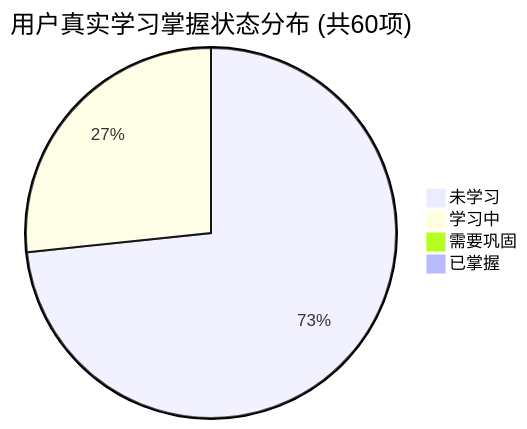
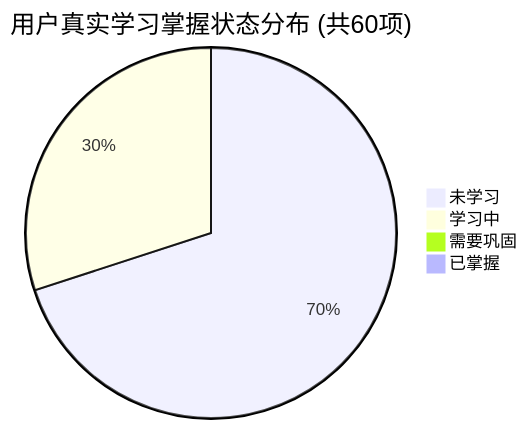
One commit to tieke1121/tech-interview-knowledge-base changed the first of 2 diagrams in PROGRESS.md. Above: the diagram before and after it, drawn with Mermaid. The commit also changed other lines of this file and 1 other file, not shown here.

````diff
--- a/PROGRESS.md
+++ b/PROGRESS.md
@@ -27,7 +27,7 @@
 ```mermaid
 pie title 用户真实学习掌握状态分布 (共60项)
-    "未学习" : 44
-    "学习中" : 16
+    "未学习" : 42
+    "学习中" : 18
     "需要巩固" : 0
     "已掌握" : 0
 ```
````
